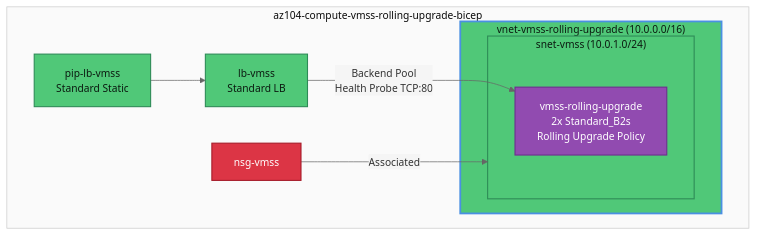
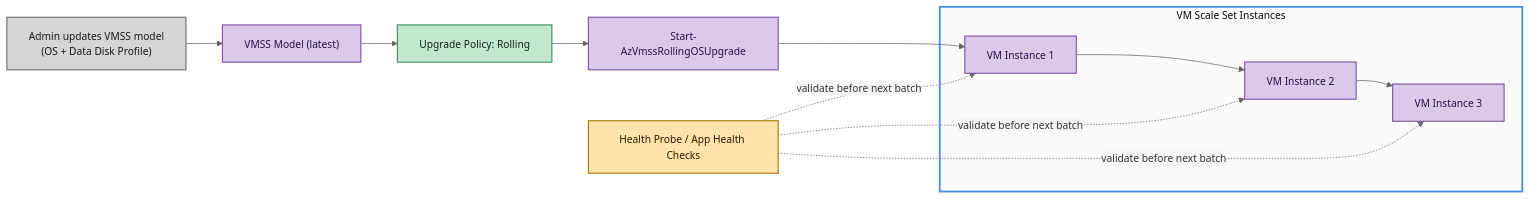
Before and after one commit to Greg-T8/LearningAzure: the diagram in AZ-104/hands-on-labs/compute/lab-vmss-rolling-upgrade/README.md, drawn with Mermaid. The commit also changed 6 other files, not shown here.

Commit message:
feat: Enhance VMSS Rolling Upgrade lab with Mermaid diagram styling and secure admin password parameter

````diff
--- a/AZ-104/hands-on-labs/compute/lab-vmss-rolling-upgrade/README.md
+++ b/AZ-104/hands-on-labs/compute/lab-vmss-rolling-upgrade/README.md
@@ -32,47 +32,46 @@
 ```mermaid
 %%{init: {
   "theme": "base",
   "themeVariables": {
     "background": "#F5F5F5",
     "primaryColor": "#E8E8E8",
     "primaryTextColor": "#333333",
     "primaryBorderColor": "#999999",
     "lineColor": "#666666",
     "clusterBkg": "#FAFAFA",
     "clusterBorder": "#CCCCCC",
     "edgeLabelBackground": "#F5F5F5",
     "fontFamily": "Segoe UI, Roboto, Arial, sans-serif",
     "fontSize": "14px"
   }
 }}%%
+flowchart LR
+    classDef compute    fill:#DCC8EB,stroke:#7B4FA0,color:#2D1045,stroke-width:1.5px;
+    classDef network    fill:#C2E6CE,stroke:#3D8B57,color:#102B18,stroke-width:1.5px;
+    classDef security   fill:#F2C0C4,stroke:#B5333D,color:#3A0A0E,stroke-width:1.5px;
+    classDef storage    fill:#FDE0B8,stroke:#C07A1A,color:#2A1800,stroke-width:1.5px;
+    classDef recovery   fill:#B8D8F2,stroke:#2A6BAD,color:#0D2240,stroke-width:1.5px;
+    classDef identity   fill:#B0E2E8,stroke:#1A7C86,color:#082628,stroke-width:1.5px;
+    classDef monitor    fill:#FFE4AA,stroke:#A07A00,color:#2A1C00,stroke-width:1.5px;
+    classDef governance fill:#D5D5D5,stroke:#6B6B6B,color:#1A1A1A,stroke-width:1.5px;
 
-graph TD
-  subgraph RG["az104-compute-vmss-rolling-upgrade-bicep"]
-    subgraph VNET["vnet-vmss-rolling-upgrade (10.0.0.0/16)"]
-      subgraph SUBNET["snet-vmss (10.0.1.0/24)"]
-        VMSS["vmss-rolling-upgrade<br/>2x Standard_B2s<br/>Rolling Upgrade Policy"]
-      end
+    admin["Admin updates VMSS model<br/>(OS + Data Disk Profile)"]:::governance
+    model["VMSS Model (latest)"]:::compute
+    policy["Upgrade Policy: Rolling"]:::network
+    cmd["Start-AzVmssRollingOSUpgrade"]:::compute
+    health["Health Probe / App Health Checks"]:::monitor
+
+    subgraph VMSS["VM Scale Set Instances"]
+      vm1["VM Instance 1"]:::compute
+      vm2["VM Instance 2"]:::compute
+      vm3["VM Instance 3"]:::compute
     end
-    NSG["nsg-vmss"]
-    PIP["pip-lb-vmss<br/>Standard Static"]
-    LB["lb-vmss<br/>Standard LB"]
-  end
 
-  PIP --> LB
-  LB -->|"Backend Pool<br/>Health Probe TCP:80"| VMSS
-  NSG -->|"Associated"| SUBNET
+    admin --> model --> policy --> cmd
+    cmd --> vm1 --> vm2 --> vm3
+    health -. validate before next batch .-> vm1
+    health -. validate before next batch .-> vm2
+    health -. validate before next batch .-> vm3
 
-  %% Core (AZ-104)
-  classDef compute   fill:#914BB0,stroke:#6E2E8E,color:#FFFFFF,stroke-width:1.5px;
-  classDef network   fill:#50C878,stroke:#2E8B57,color:#0B1A10,stroke-width:1.5px;
-  classDef security  fill:#DC3545,stroke:#A61B29,color:#FFFFFF,stroke-width:1.5px;
-
-  VMSS:::compute
-  VNET:::network
-  SUBNET:::network
-  NSG:::security
-  PIP:::network
-  LB:::network
-
-  style VNET stroke:#4A90E2,stroke-width:2.5px
+    style VMSS stroke:#4A90E2,stroke-width:2.5px
 ```
````
